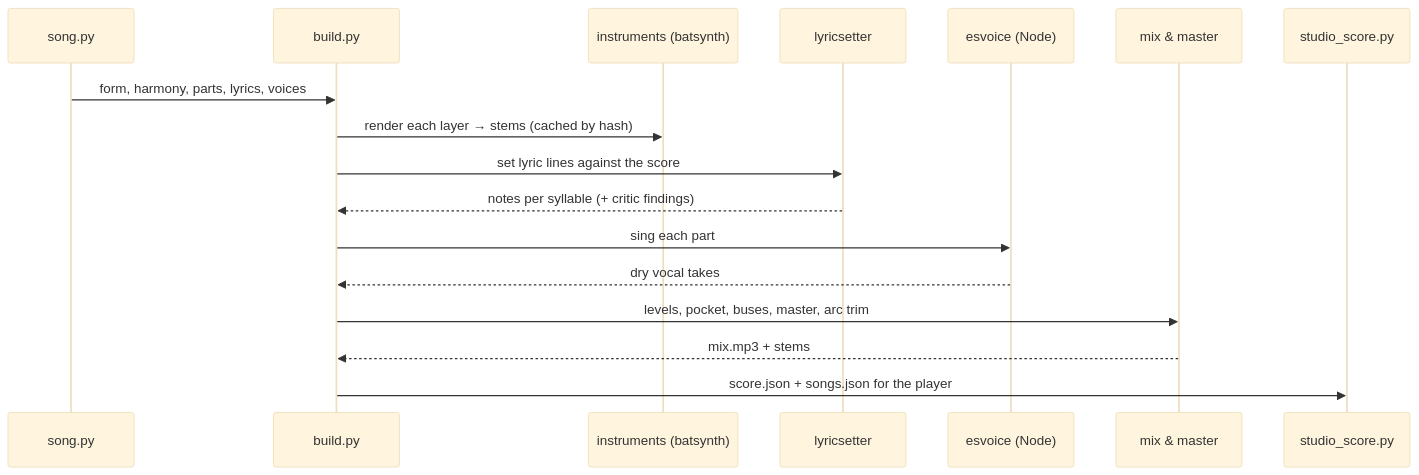
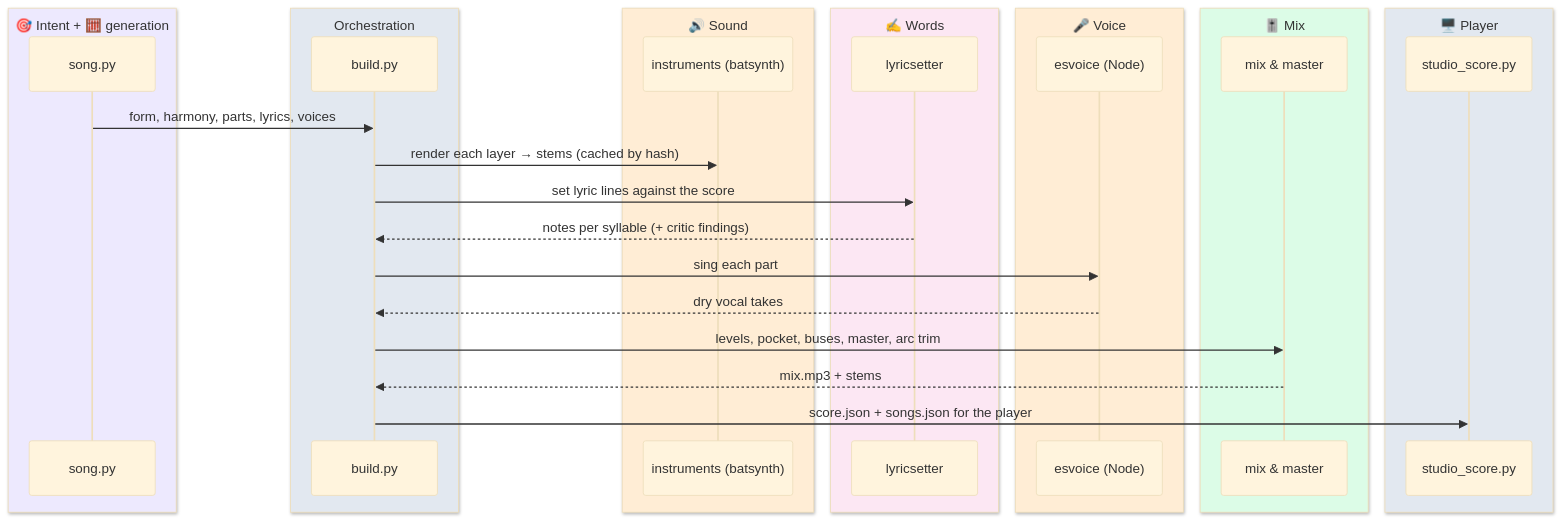
One commit to MirTheDragon/Electric-Bat-Studio changed the fourth of 10 diagrams in README.md. Above: the diagram before and after it, drawn with Mermaid (base theme). The commit also changed other lines of this file, not shown here.

First line of the commit message:
README: colour-coded diagrams, layer key, badges, family and status charts

````diff
--- a/README.md
+++ b/README.md
@@ -151,19 +213,33 @@
 ```mermaid
 sequenceDiagram
-    participant S as song.py
-    participant B as build.py
-    participant I as instruments (batsynth)
-    participant L as lyricsetter
-    participant V as esvoice (Node)
-    participant M as mix & master
-    participant P as studio_score.py
+    box rgb(237,233,254) 🎯 Intent + 🧮 generation
+        participant S as song.py
+    end
+    box rgb(226,232,240) Orchestration
+        participant B as build.py
+    end
+    box rgb(255,237,213) 🔊 Sound
+        participant I as instruments (batsynth)
+    end
+    box rgb(252,231,243) ✍️ Words
+        participant L as lyricsetter
+    end
+    box rgb(255,237,213) 🎤 Voice
+        participant V as esvoice (Node)
+    end
+    box rgb(220,252,231) 🎚️ Mix
+        participant M as mix & master
+    end
+    box rgb(226,232,240) 🖥️ Player
+        participant P as studio_score.py
+    end
     S->>B: form, harmony, parts, lyrics, voices
     B->>I: render each layer → stems (cached by hash)
     B->>L: set lyric lines against the score
     L-->>B: notes per syllable (+ critic findings)
     B->>V: sing each part
     V-->>B: dry vocal takes
     B->>M: levels, pocket, buses, master, arc trim
     M-->>B: mix.mp3 + stems
     B->>P: score.json + songs.json for the player
 ```
````
